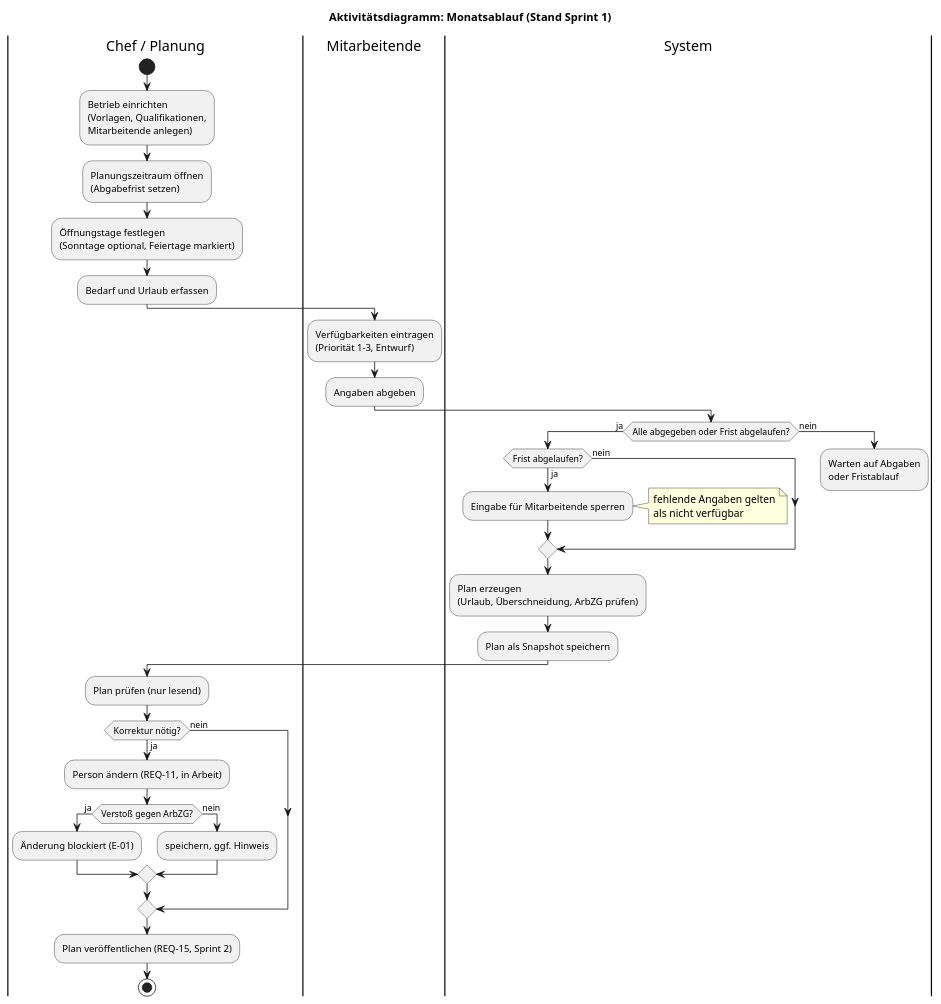
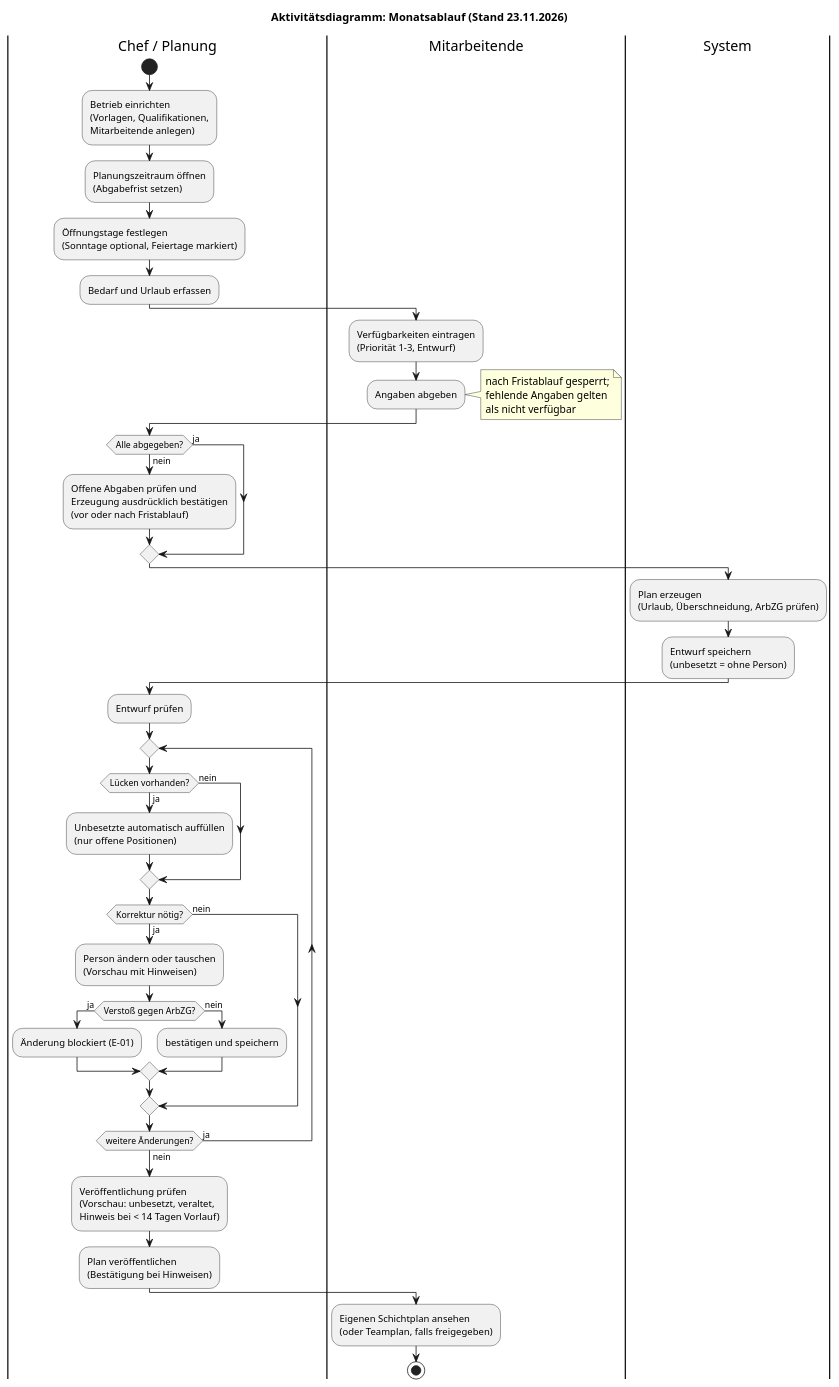
The diagram in docs/design/aktivitaet_monatsablauf.puml (shiftplanner-hsfl-team/shiftplanner), drawn with PlantUML before and after one commit. The commit also changed 4 other files, not shown here.

```diff
--- a/docs/design/aktivitaet_monatsablauf.puml
+++ b/docs/design/aktivitaet_monatsablauf.puml
@@ -1,50 +1,66 @@
 @startuml
-title Aktivitätsdiagramm: Monatsablauf (Stand Sprint 1)
+!pragma layout smetana
+title Aktivitätsdiagramm: Monatsablauf (Stand 23.11.2026)
 
 |Chef / Planung|
 start
 :Betrieb einrichten
 (Vorlagen, Qualifikationen,
 Mitarbeitende anlegen);
 :Planungszeitraum öffnen
 (Abgabefrist setzen);
 :Öffnungstage festlegen
 (Sonntage optional, Feiertage markiert);
 :Bedarf und Urlaub erfassen;
 
 |Mitarbeitende|
 :Verfügbarkeiten eintragen
 (Priorität 1–3, Entwurf);
 :Angaben abgeben;
+note right: nach Fristablauf gesperrt;\nfehlende Angaben gelten\nals nicht verfügbar
+
+|Chef / Planung|
+if (Alle abgegeben?) then (ja)
+else (nein)
+  :Offene Abgaben prüfen und
+  Erzeugung ausdrücklich bestätigen
+  (vor oder nach Fristablauf);
+endif
 
 |System|
-if (Alle abgegeben oder Frist abgelaufen?) then (ja)
-  if (Frist abgelaufen?) then (ja)
-    :Eingabe für Mitarbeitende sperren;
-    note right: fehlende Angaben gelten\nals nicht verfügbar
+:Plan erzeugen
+(Urlaub, Überschneidung, ArbZG prüfen);
+:Entwurf speichern
+(unbesetzt = ohne Person);
+
+|Chef / Planung|
+:Entwurf prüfen;
+repeat
+  if (Lücken vorhanden?) then (ja)
+    :Unbesetzte automatisch auffüllen
+    (nur offene Positionen);
   else (nein)
   endif
-  :Plan erzeugen
-  (Urlaub, Überschneidung, ArbZG prüfen);
-  :Plan als Snapshot speichern;
-else (nein)
-  :Warten auf Abgaben
-  oder Fristablauf;
-  detach
-endif
+  if (Korrektur nötig?) then (ja)
+    :Person ändern oder tauschen
+    (Vorschau mit Hinweisen);
+    if (Verstoß gegen ArbZG?) then (ja)
+      :Änderung blockiert (E-01);
+    else (nein)
+      :bestätigen und speichern;
+    endif
+  else (nein)
+  endif
+repeat while (weitere Änderungen?) is (ja) not (nein)
+:Veröffentlichung prüfen
+(Vorschau: unbesetzt, veraltet,
+Hinweis bei < 14 Tagen Vorlauf);
+:Plan veröffentlichen
+(Bestätigung bei Hinweisen);
 
-|Chef / Planung|
-:Plan prüfen (nur lesend);
-if (Korrektur nötig?) then (ja)
-  :Person ändern (REQ-11, in Arbeit);
-  if (Verstoß gegen ArbZG?) then (ja)
-    :Änderung blockiert (E-01);
-  else (nein)
-    :speichern, ggf. Hinweis;
-  endif
-else (nein)
-endif
-:Plan veröffentlichen (REQ-15, Sprint 2);
+|Mitarbeitende|
+:Eigenen Schichtplan ansehen
+(oder Teamplan, falls freigegeben);
 stop
 
 @enduml
```
